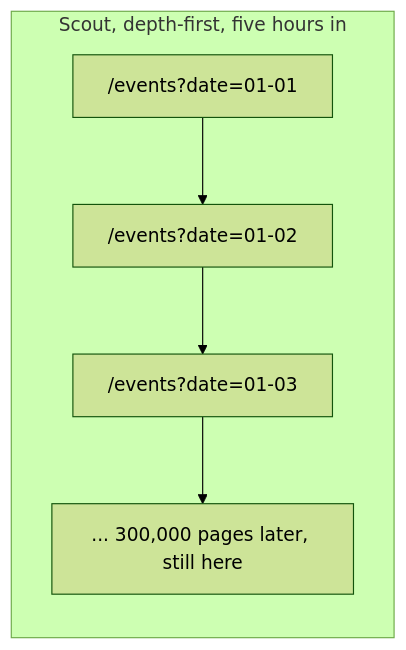
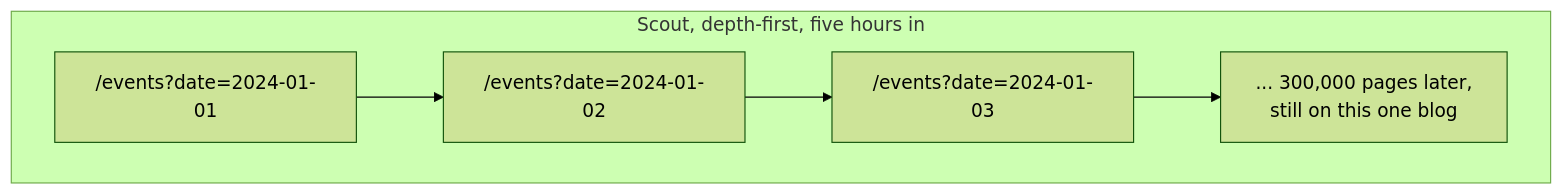
Before and after one commit to riyaz-pasha/Learnings: the first of 16 diagrams in system-design/HLD/0-course/35-Web-Crawler-FAANG-Guide-story.md, drawn with Mermaid (forest theme). The commit also changed other lines of this file and 5 other files, not shown here.

Commit message:
[REWRITE] Design Newsfeed story guide: simplify prose, add structure, fix diagrams

````diff
--- a/system-design/HLD/0-course/35-Web-Crawler-FAANG-Guide-story.md
+++ b/system-design/HLD/0-course/35-Web-Crawler-FAANG-Guide-story.md
@@ -15,6 +73,9 @@
 ```mermaid
 flowchart LR
     subgraph Trap["Scout, depth-first, five hours in"]
-        d1["/events?date=01-01"] --> d2["/events?date=01-02"] --> d3["/events?date=01-03"] --> d4["... 300,000 pages later, still here"]
+        direction LR
+        d1["/events?date=2024-01-01"] --> d2["/events?date=2024-01-02"]
+        d2 --> d3["/events?date=2024-01-03"]
+        d3 --> d4["... 300,000 pages later,<br/>still on this one blog"]
     end
 ```
````
